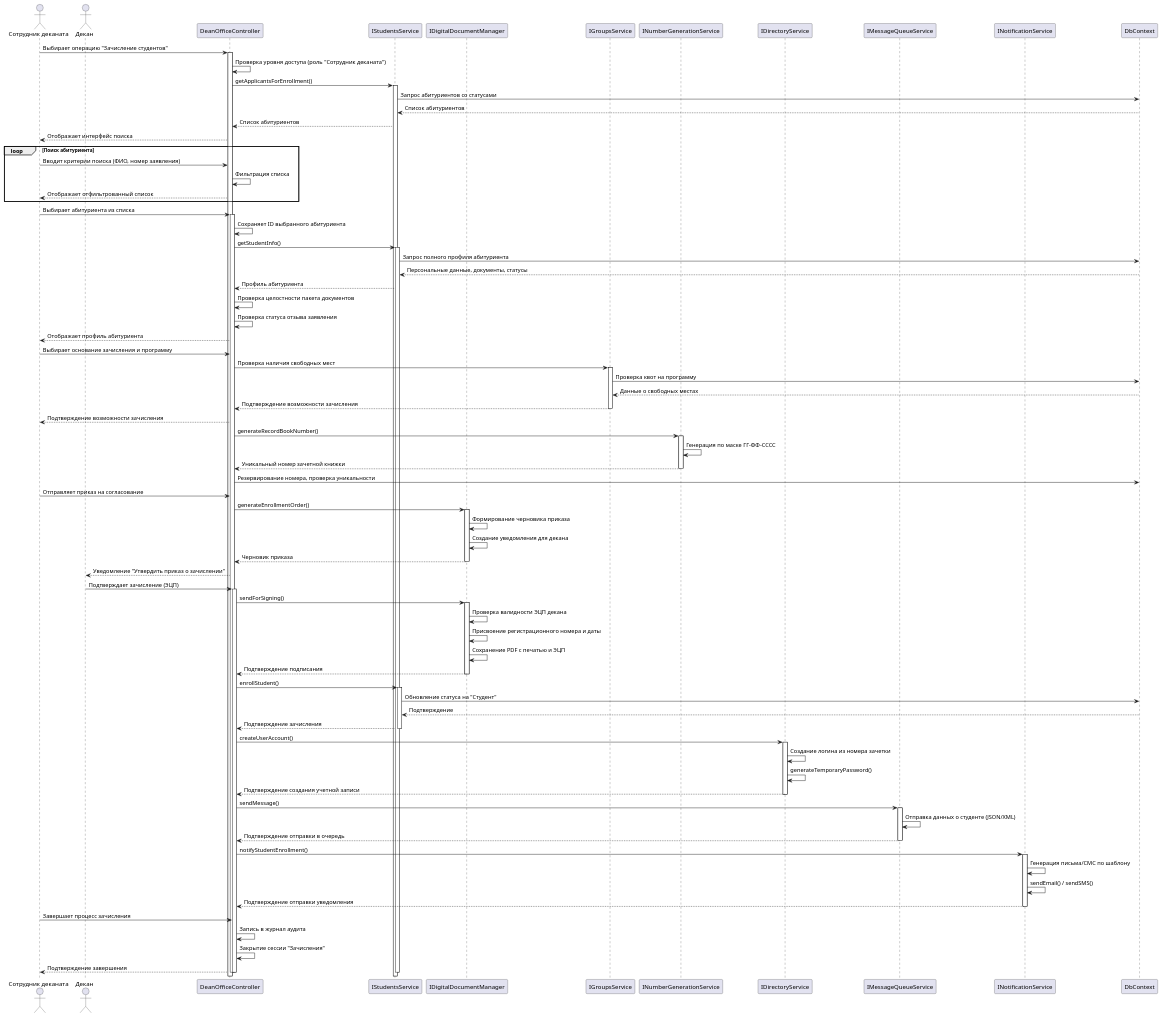
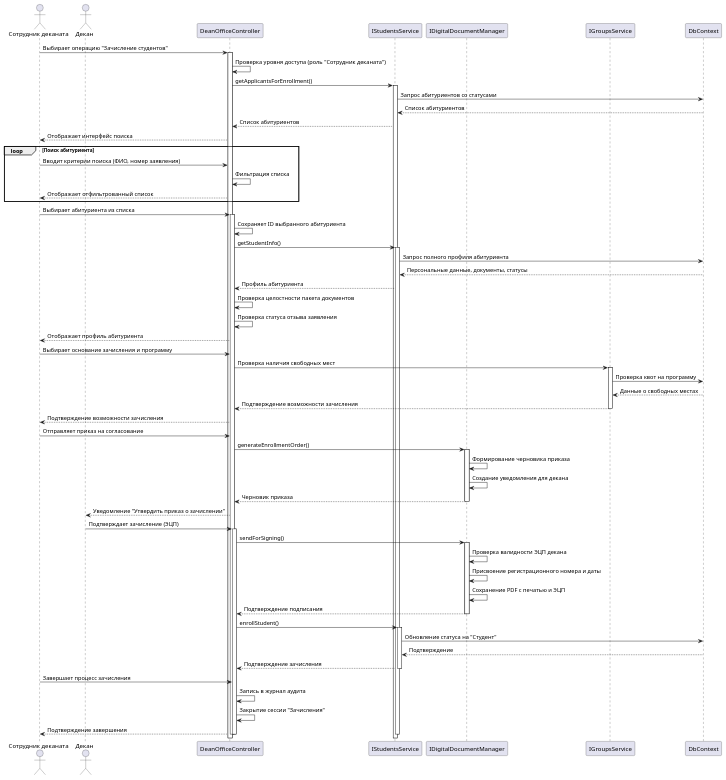
One commit to penamarth/bsbo-01-23_team3_var4_dekanat changed the diagram in Диаграмма последовательности зачисление студента.md. Above: the diagram before and after it, drawn with PlantUML. The commit also changed other lines of this file, not shown here.

Commit message:
Update Диаграмма последовательности зачисление студента.md

````diff
--- a/Диаграмма последовательности зачисление студента.md
+++ b/Диаграмма последовательности зачисление студента.md
@@ -3,4 +1,3 @@
-```plantuml
 @startuml
 
 actor "Сотрудник деканата" as Clerk
@@ -9,10 +6,6 @@
 participant "IStudentsService" as StudentsSvc
 participant "IDigitalDocumentManager" as DocManager
 participant "IGroupsService" as GroupsSvc
-participant "INumberGenerationService" as NumberGen
-participant "IDirectoryService" as Directory
-participant "IMessageQueueService" as MessageQueue
-participant "INotificationService" as Notification
 participant "DbContext" as DB
 
 Clerk -> Controller : Выбирает операцию "Зачисление студентов"
@@ -52,13 +45,6 @@
 deactivate GroupsSvc
 Controller --> Clerk : Подтверждение возможности зачисления
 
-Controller -> NumberGen : generateRecordBookNumber()
-activate NumberGen
-NumberGen -> NumberGen : Генерация по маске ГГ-ФФ-СССС
-NumberGen --> Controller : Уникальный номер зачетной книжки
-deactivate NumberGen
-Controller -> DB : Резервирование номера, проверка уникальности
-
 Clerk -> Controller : Отправляет приказ на согласование
 Controller -> DocManager : generateEnrollmentOrder()
 activate DocManager
@@ -84,26 +70,6 @@
 StudentsSvc --> Controller : Подтверждение зачисления
 deactivate StudentsSvc
 
-Controller -> Directory : createUserAccount()
-activate Directory
-Directory -> Directory : Создание логина из номера зачетки
-Directory -> Directory : generateTemporaryPassword()
-Directory --> Controller : Подтверждение создания учетной записи
-deactivate Directory
-
-Controller -> MessageQueue : sendMessage()
-activate MessageQueue
-MessageQueue -> MessageQueue : Отправка данных о студенте (JSON/XML)
-MessageQueue --> Controller : Подтверждение отправки в очередь
-deactivate MessageQueue
-
-Controller -> Notification : notifyStudentEnrollment()
-activate Notification
-Notification -> Notification : Генерация письма/СМС по шаблону
-Notification -> Notification : sendEmail() / sendSMS()
-Notification --> Controller : Подтверждение отправки уведомления
-deactivate Notification
-
 Clerk -> Controller : Завершает процесс зачисления
 Controller -> Controller : Запись в журнал аудита
 Controller -> Controller : Закрытие сессии "Зачисления"
@@ -114,4 +80,3 @@
 deactivate StudentsSvc
 
 @enduml
-```
````
